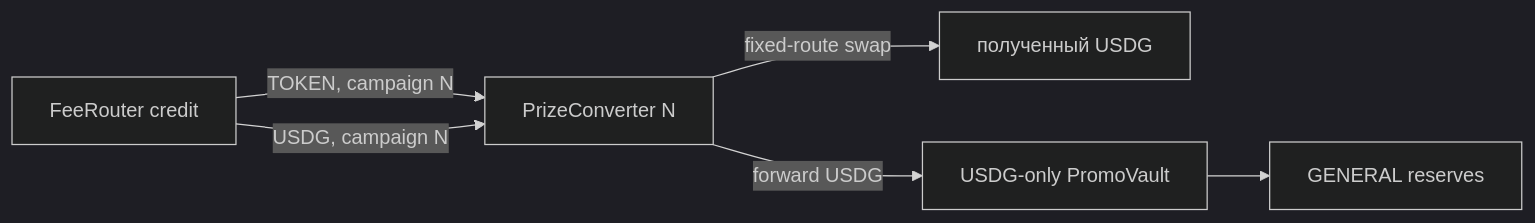
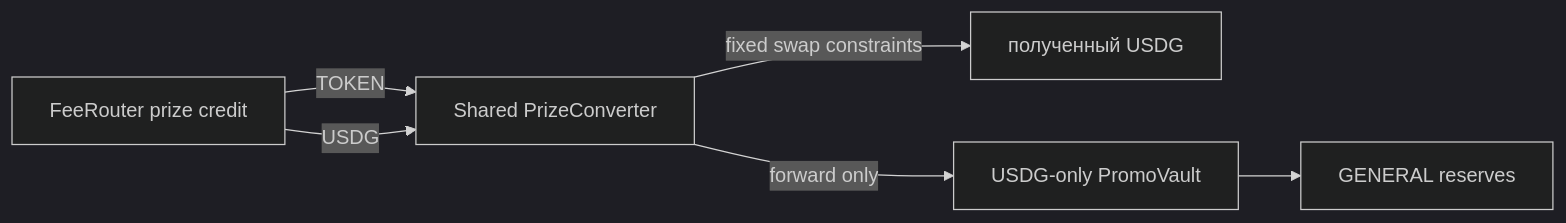
The diagram in docs/GPT_REVIEW_RESPONSE.md (Marapu1a/rh_project), drawn with Mermaid (dark theme) before and after one commit. The commit also changed other lines of this file, not shown here.

Commit message:
docs: review recipient isolation and converter boundary

````diff
--- a/docs/GPT_REVIEW_RESPONSE.md
+++ b/docs/GPT_REVIEW_RESPONSE.md
@@ -201,8 +173,8 @@
 ```mermaid
 flowchart LR
-    R["FeeRouter credit"] -->|TOKEN, campaign N| C["PrizeConverter N"]
-    R -->|USDG, campaign N| C
-    C -->|fixed-route swap| Q["полученный USDG"]
-    C -->|forward USDG| V["USDG-only PromoVault"]
-    V --> G["GENERAL reserves"]
+    F["FeeRouter prize credit"] -->|TOKEN| C["Shared PrizeConverter"]
+    F -->|USDG| C
+    C -->|fixed swap constraints| U["полученный USDG"]
+    C -->|forward only| V["USDG-only PromoVault"]
+    V --> R["GENERAL reserves"]
 ```
````
